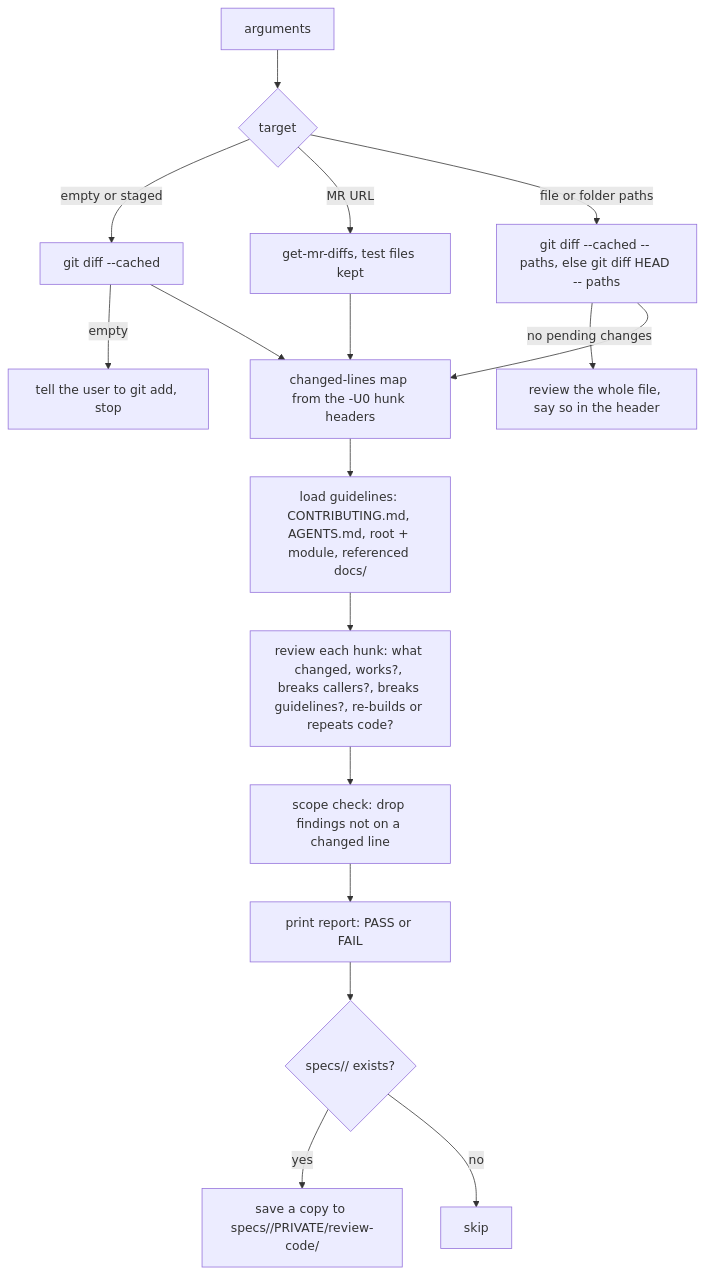
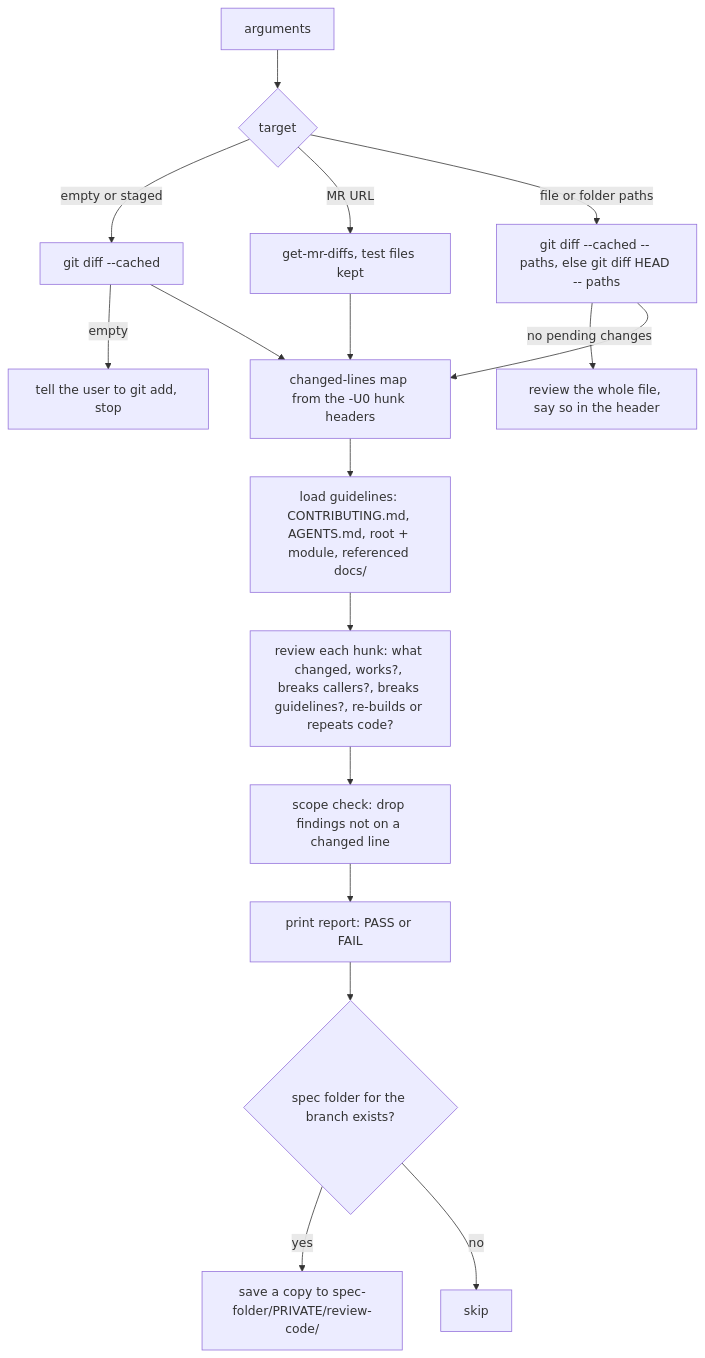
One commit to naphatwx/naphatwx-tools changed the first of 2 diagrams in plugins/naphatwx-tools/skills/review-code/README.md. Above: the diagram before and after it, drawn with Mermaid. The commit also changed other lines of this file and 31 other files, not shown here.

````diff
--- a/plugins/naphatwx-tools/skills/review-code/README.md
+++ b/plugins/naphatwx-tools/skills/review-code/README.md
@@ -23,19 +23,19 @@
 ```mermaid
 graph TD
     A[arguments] --> B{target}
     B -->|empty or staged| S[git diff --cached]
     S -->|empty| X[tell the user to git add, stop]
     B -->|MR URL| M[get-mr-diffs, test files kept]
     B -->|file or folder paths| F["git diff --cached -- paths, else git diff HEAD -- paths"]
     F -->|no pending changes| W[review the whole file, say so in the header]
     S --> C[changed-lines map from the -U0 hunk headers]
     M --> C
     F --> C
     C --> G[load guidelines: CONTRIBUTING.md, AGENTS.md, root + module, referenced docs/]
     G --> R[review each hunk: what changed, works?, breaks callers?, breaks guidelines?, re-builds or repeats code?]
     R --> K[scope check: drop findings not on a changed line]
     K --> O[print report: PASS or FAIL]
-    O --> P{"specs/<branch>/ exists?"}
-    P -->|yes| Q["save a copy to specs/<folder>/PRIVATE/review-code/"]
+    O --> P{"spec folder for the branch exists?"}
+    P -->|yes| Q["save a copy to spec-folder/PRIVATE/review-code/"]
     P -->|no| N[skip]
 ```
````
